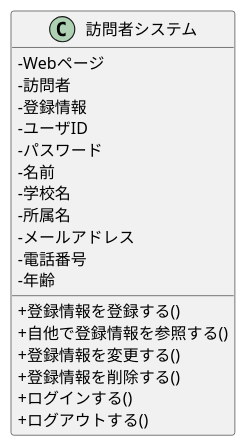
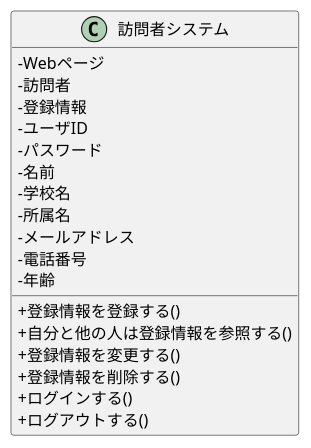
Before and after one commit to ko246/ohara_uml: the diagram in group/07_web_visitor/class.pu, drawn with PlantUML. The commit also changed 3 other files, not shown here.

```diff
--- a/group/07_web_visitor/class.pu
+++ b/group/07_web_visitor/class.pu
@@ -1,28 +1,28 @@
 @startuml 訪問者システム_クラス図
 
 skinparam classAttributeIconSize 0
 class 訪問者システム {
     '属性
     -Webページ
     -訪問者
     -登録情報
     -ユーザID
     -パスワード
     -名前
     -学校名
     -所属名
     -メールアドレス
     -電話番号
     -年齢
 
     '操作
     +登録情報を登録する()
-    +自他で登録情報を参照する()
+    +自分と他の人は登録情報を参照する()
     +登録情報を変更する()
     +登録情報を削除する()
     +ログインする()
     +ログアウトする()
     
 }
 
 @enduml
```
